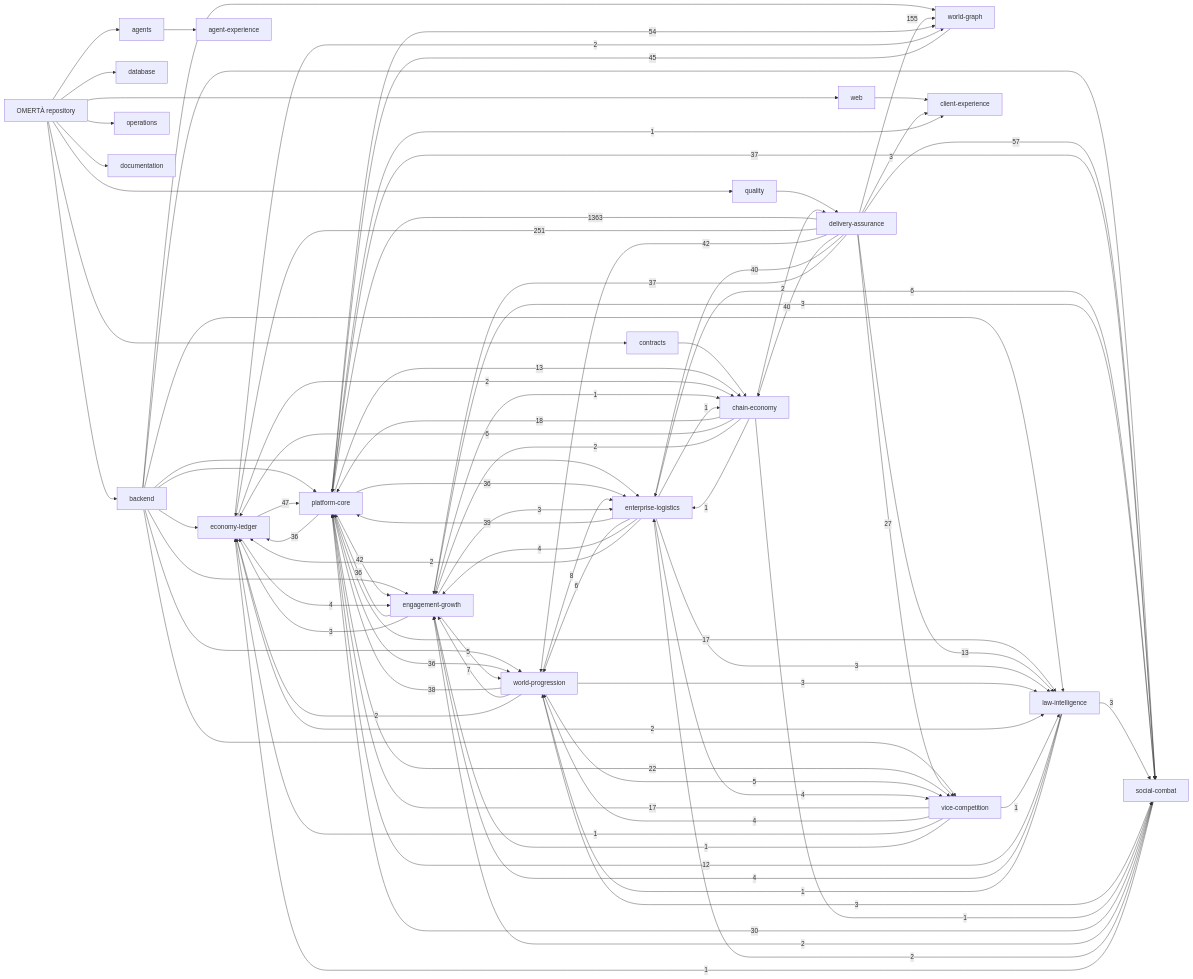
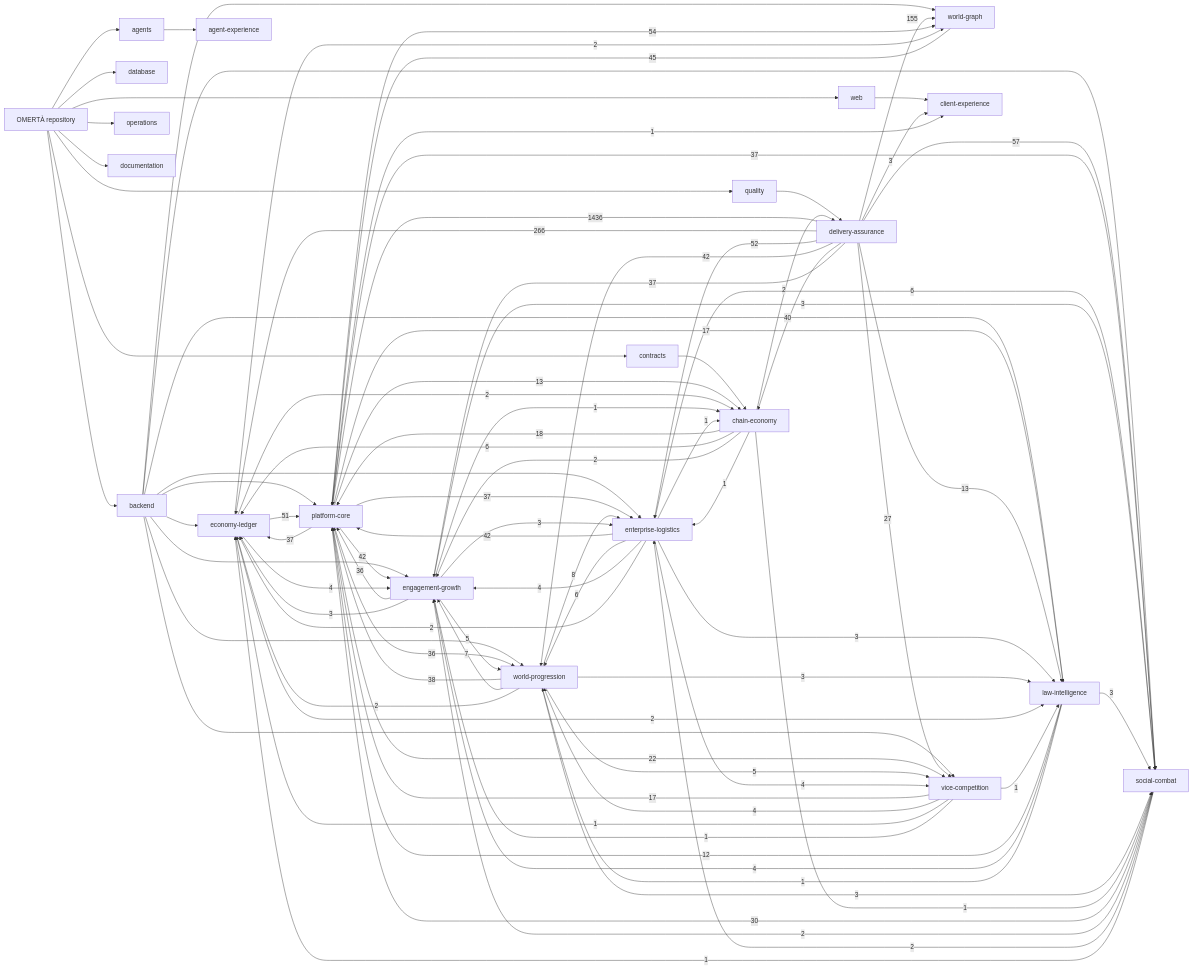
One commit to OmertaDev/Omerta changed the diagram in knowledge/generated/graph.mmd. Above: the diagram before and after it, drawn with Mermaid. The commit also changed 8 other files, not shown here.

```diff
--- a/knowledge/generated/graph.mmd
+++ b/knowledge/generated/graph.mmd
@@ -1,111 +1,111 @@
 flowchart LR
   repo["OMERTÀ repository"]
   sub_backend["backend"]
   repo --> sub_backend
   sub_database["database"]
   repo --> sub_database
   sub_web["web"]
   repo --> sub_web
   sub_contracts["contracts"]
   repo --> sub_contracts
   sub_agents["agents"]
   repo --> sub_agents
   sub_quality["quality"]
   repo --> sub_quality
   sub_operations["operations"]
   repo --> sub_operations
   sub_documentation["documentation"]
   repo --> sub_documentation
   dom_platform-core["platform-core"]
   dom_economy-ledger["economy-ledger"]
   dom_social-combat["social-combat"]
   dom_world-progression["world-progression"]
   dom_world-graph["world-graph"]
   dom_enterprise-logistics["enterprise-logistics"]
   dom_vice-competition["vice-competition"]
   dom_law-intelligence["law-intelligence"]
   dom_chain-economy["chain-economy"]
   dom_engagement-growth["engagement-growth"]
   dom_client-experience["client-experience"]
   dom_agent-experience["agent-experience"]
   dom_delivery-assurance["delivery-assurance"]
   sub_agents --> dom_agent-experience
   sub_backend --> dom_economy-ledger
   sub_backend --> dom_engagement-growth
   sub_backend --> dom_enterprise-logistics
   sub_backend --> dom_law-intelligence
   sub_backend --> dom_platform-core
   sub_backend --> dom_social-combat
   sub_backend --> dom_vice-competition
   sub_backend --> dom_world-graph
   sub_backend --> dom_world-progression
   sub_contracts --> dom_chain-economy
   sub_quality --> dom_delivery-assurance
   sub_web --> dom_client-experience
-  dom_delivery-assurance -->|1363| dom_platform-core
-  dom_delivery-assurance -->|251| dom_economy-ledger
+  dom_delivery-assurance -->|1436| dom_platform-core
+  dom_delivery-assurance -->|266| dom_economy-ledger
   dom_delivery-assurance -->|155| dom_world-graph
   dom_delivery-assurance -->|57| dom_social-combat
   dom_platform-core -->|54| dom_world-graph
-  dom_economy-ledger -->|47| dom_platform-core
+  dom_delivery-assurance -->|52| dom_enterprise-logistics
+  dom_economy-ledger -->|51| dom_platform-core
   dom_world-graph -->|45| dom_platform-core
   dom_delivery-assurance -->|42| dom_world-progression
+  dom_enterprise-logistics -->|42| dom_platform-core
   dom_platform-core -->|42| dom_engagement-growth
   dom_delivery-assurance -->|40| dom_chain-economy
-  dom_delivery-assurance -->|40| dom_enterprise-logistics
-  dom_enterprise-logistics -->|39| dom_platform-core
   dom_world-progression -->|38| dom_platform-core
   dom_delivery-assurance -->|37| dom_engagement-growth
+  dom_platform-core -->|37| dom_economy-ledger
+  dom_platform-core -->|37| dom_enterprise-logistics
   dom_platform-core -->|37| dom_social-combat
   dom_engagement-growth -->|36| dom_platform-core
-  dom_platform-core -->|36| dom_economy-ledger
-  dom_platform-core -->|36| dom_enterprise-logistics
   dom_platform-core -->|36| dom_world-progression
   dom_social-combat -->|30| dom_platform-core
   dom_delivery-assurance -->|27| dom_vice-competition
   dom_platform-core -->|22| dom_vice-competition
   dom_chain-economy -->|18| dom_platform-core
   dom_platform-core -->|17| dom_law-intelligence
   dom_vice-competition -->|17| dom_platform-core
   dom_delivery-assurance -->|13| dom_law-intelligence
   dom_platform-core -->|13| dom_chain-economy
   dom_law-intelligence -->|12| dom_platform-core
   dom_world-progression -->|8| dom_enterprise-logistics
   dom_world-progression -->|7| dom_engagement-growth
   dom_chain-economy -->|6| dom_economy-ledger
   dom_enterprise-logistics -->|6| dom_social-combat
   dom_enterprise-logistics -->|6| dom_world-progression
   dom_engagement-growth -->|5| dom_world-progression
   dom_world-progression -->|5| dom_vice-competition
   dom_economy-ledger -->|4| dom_engagement-growth
   dom_enterprise-logistics -->|4| dom_engagement-growth
   dom_enterprise-logistics -->|4| dom_vice-competition
   dom_law-intelligence -->|4| dom_engagement-growth
   dom_vice-competition -->|4| dom_world-progression
   dom_delivery-assurance -->|3| dom_client-experience
   dom_engagement-growth -->|3| dom_economy-ledger
   dom_engagement-growth -->|3| dom_enterprise-logistics
   dom_engagement-growth -->|3| dom_social-combat
   dom_enterprise-logistics -->|3| dom_law-intelligence
   dom_law-intelligence -->|3| dom_social-combat
   dom_world-progression -->|3| dom_law-intelligence
   dom_world-progression -->|3| dom_social-combat
   dom_chain-economy -->|2| dom_delivery-assurance
   dom_chain-economy -->|2| dom_engagement-growth
   dom_economy-ledger -->|2| dom_chain-economy
   dom_economy-ledger -->|2| dom_law-intelligence
   dom_economy-ledger -->|2| dom_world-graph
   dom_enterprise-logistics -->|2| dom_economy-ledger
   dom_social-combat -->|2| dom_engagement-growth
   dom_social-combat -->|2| dom_enterprise-logistics
   dom_world-progression -->|2| dom_economy-ledger
   dom_chain-economy -->|1| dom_enterprise-logistics
   dom_chain-economy -->|1| dom_social-combat
   dom_engagement-growth -->|1| dom_chain-economy
   dom_enterprise-logistics -->|1| dom_chain-economy
   dom_law-intelligence -->|1| dom_world-progression
   dom_platform-core -->|1| dom_client-experience
   dom_social-combat -->|1| dom_economy-ledger
   dom_vice-competition -->|1| dom_economy-ledger
   dom_vice-competition -->|1| dom_engagement-growth
   dom_vice-competition -->|1| dom_law-intelligence
```
